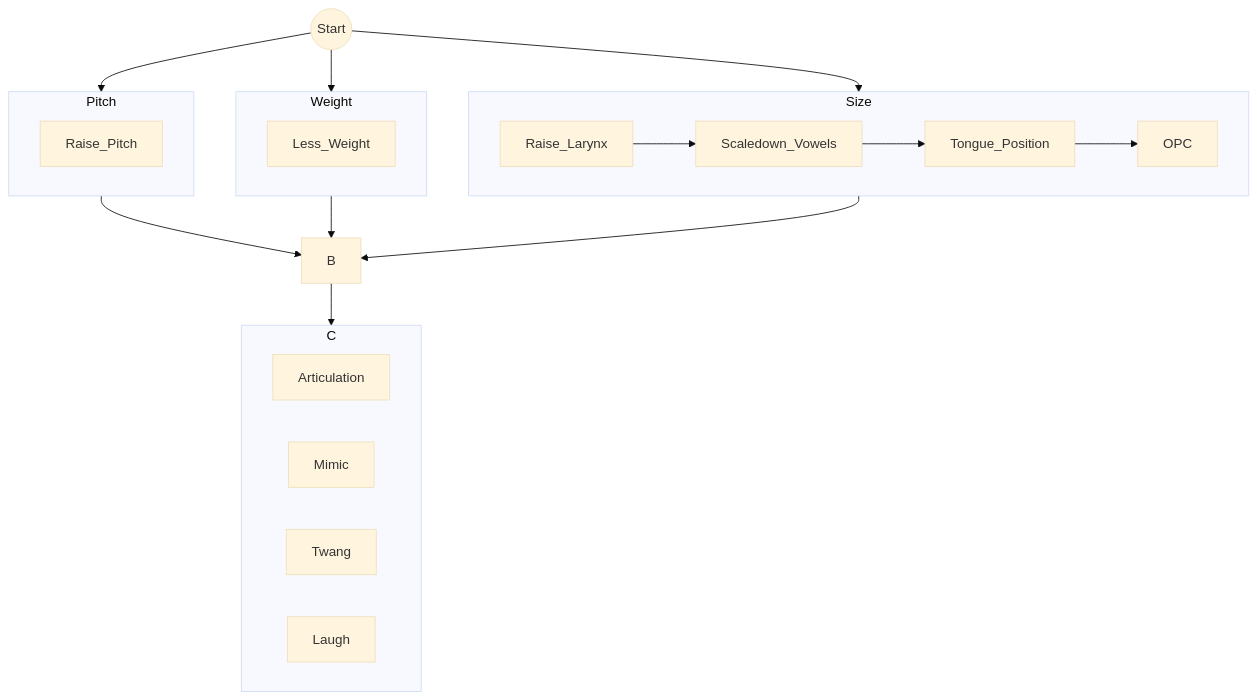
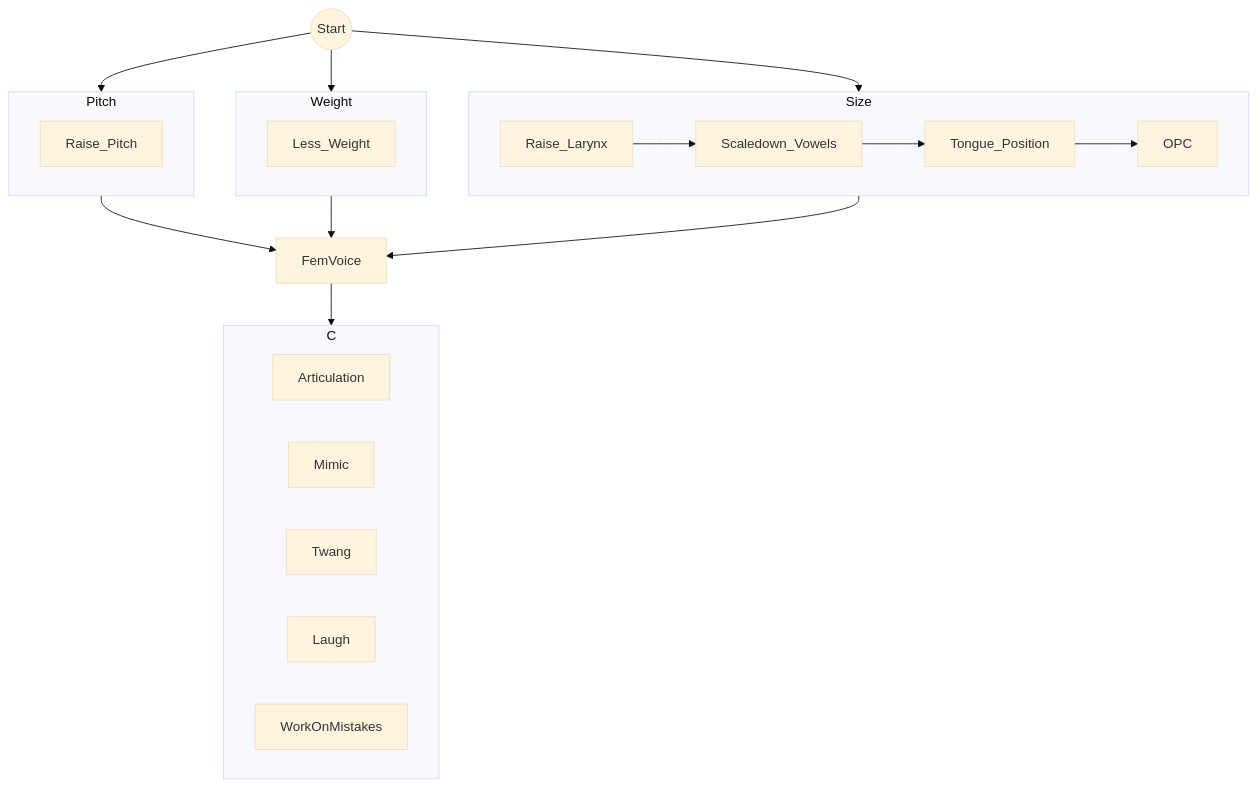
The diagram in female-voice-en.md (iggy-smart/voice-alt), drawn with Mermaid (base theme) before and after one commit. The commit also changed other lines of this file, not shown here.

````diff
--- a/female-voice-en.md
+++ b/female-voice-en.md
@@ -92,31 +94,33 @@
 ```mermaid
 graph TD
     A((Start))
     A --> Pitch --> B
     A --> Weight --> B
     A --> Size --> B
 
     subgraph Pitch
         Raise_Pitch
     end
 
     subgraph Size
         Raise_Larynx --> Scaledown_Vowels --> Tongue_Position --> OPC
     end
 
     subgraph Weight
         Less_Weight
     end
 
     C[Improve]
+    B[FemVoice]
 
     B --> C
 
     subgraph C
         Articulation
         Mimic
         Twang
         Laugh
+	WorkOnMistakes
     end
     
 ```
````
